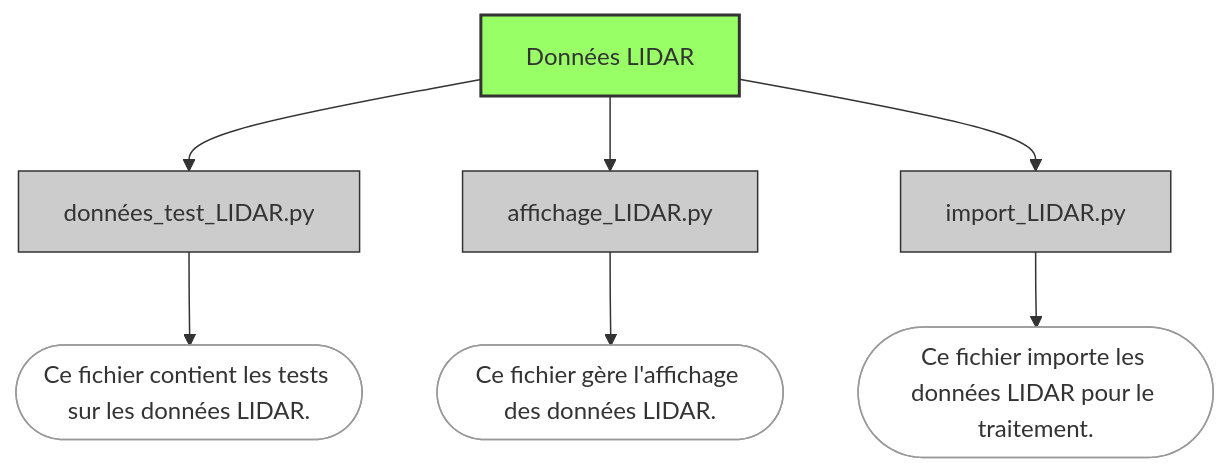
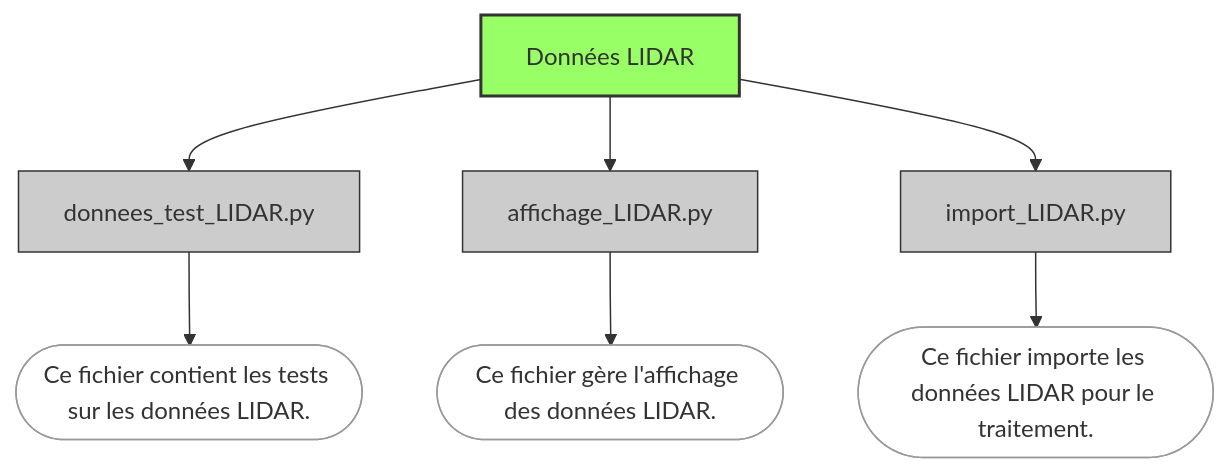
Before and after one commit to DanQue69/LEGO_Master: the diagram in Workflow.md, drawn with Mermaid.

````diff
--- a/Workflow.md
+++ b/Workflow.md
@@ -1,27 +1,27 @@
 ```mermaid
 graph TD;
 
-    A[Données LIDAR] --> B[données_test_LIDAR.py]
+    A[Données LIDAR] --> B[donnees_test_LIDAR.py]
     A --> C[affichage_LIDAR.py]
     A --> D[import_LIDAR.py]
 
     %% Notes explicatives
     B_note(["Ce fichier contient les tests sur les données LIDAR."])
     C_note(["Ce fichier gère l'affichage des données LIDAR."])
     D_note(["Ce fichier importe les données LIDAR pour le traitement."])
 
     B --> B_note
     C --> C_note
     D --> D_note
 
     %% Styles des couleurs
     style A fill:#9f6,stroke:#333,stroke-width:2px
     style B fill:#ccc,stroke:#333,stroke-width:1px
     style C fill:#ccc,stroke:#333,stroke-width:1px
     style D fill:#ccc,stroke:#333,stroke-width:1px
     style B_note fill:#fff,stroke:#999,stroke-width:1px
     style C_note fill:#fff,stroke:#999,stroke-width:1px
     style D_note fill:#fff,stroke:#999,stroke-width:1px
 
     
 ```
````
